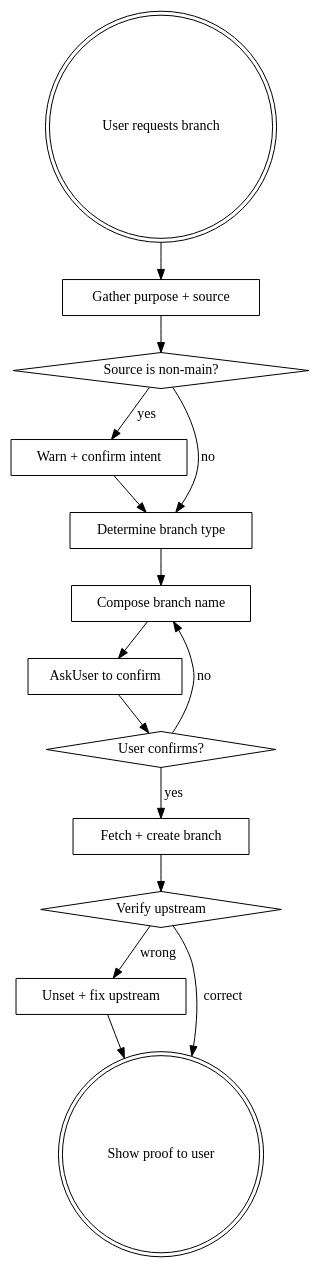
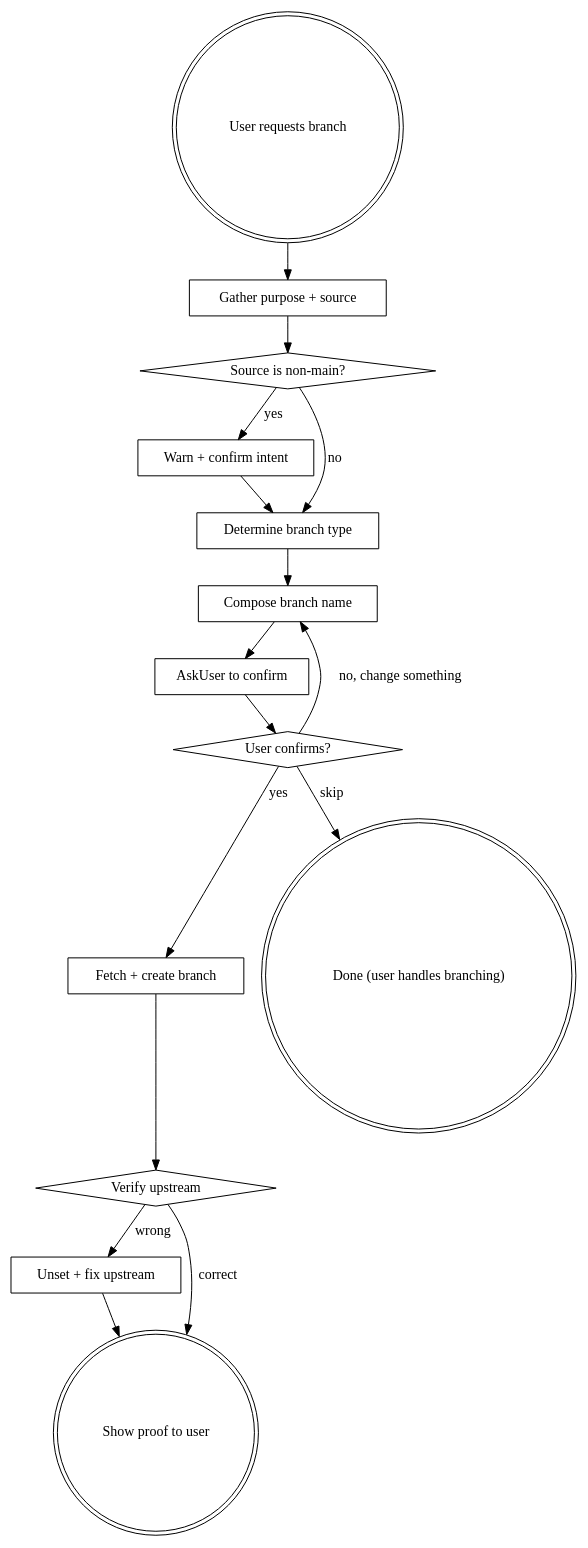
Before and after one commit to pandaworks-software-plt/pandahrms-skills: the diagram in skills/create-branch/SKILL.md, drawn with Graphviz. The commit also changed other lines of this file and 1 other file, not shown here.

Commit message:
feat(create-branch): add skip option to branch creation confirmation

````diff
--- a/skills/create-branch/SKILL.md
+++ b/skills/create-branch/SKILL.md
@@ -18,31 +18,33 @@
 ```dot
 digraph create_branch {
     "User requests branch" [shape=doublecircle];
     "Gather purpose + source" [shape=box];
     "Source is non-main?" [shape=diamond];
     "Warn + confirm intent" [shape=box];
     "Determine branch type" [shape=box];
     "Compose branch name" [shape=box];
     "AskUser to confirm" [shape=box];
     "User confirms?" [shape=diamond];
     "Fetch + create branch" [shape=box];
     "Verify upstream" [shape=diamond];
     "Unset + fix upstream" [shape=box];
     "Show proof to user" [shape=doublecircle];
 
     "User requests branch" -> "Gather purpose + source";
     "Gather purpose + source" -> "Source is non-main?" ;
     "Source is non-main?" -> "Warn + confirm intent" [label="yes"];
     "Source is non-main?" -> "Determine branch type" [label="no"];
     "Warn + confirm intent" -> "Determine branch type";
     "Determine branch type" -> "Compose branch name";
     "Compose branch name" -> "AskUser to confirm";
     "AskUser to confirm" -> "User confirms?";
     "User confirms?" -> "Fetch + create branch" [label="yes"];
-    "User confirms?" -> "Compose branch name" [label="no"];
+    "User confirms?" -> "Compose branch name" [label="no, change something"];
+    "User confirms?" -> "Done (user handles branching)" [label="skip"];
+    "Done (user handles branching)" [shape=doublecircle];
     "Fetch + create branch" -> "Verify upstream";
     "Verify upstream" -> "Unset + fix upstream" [label="wrong"];
     "Verify upstream" -> "Show proof to user" [label="correct"];
     "Unset + fix upstream" -> "Show proof to user";
 }
 ```
````
